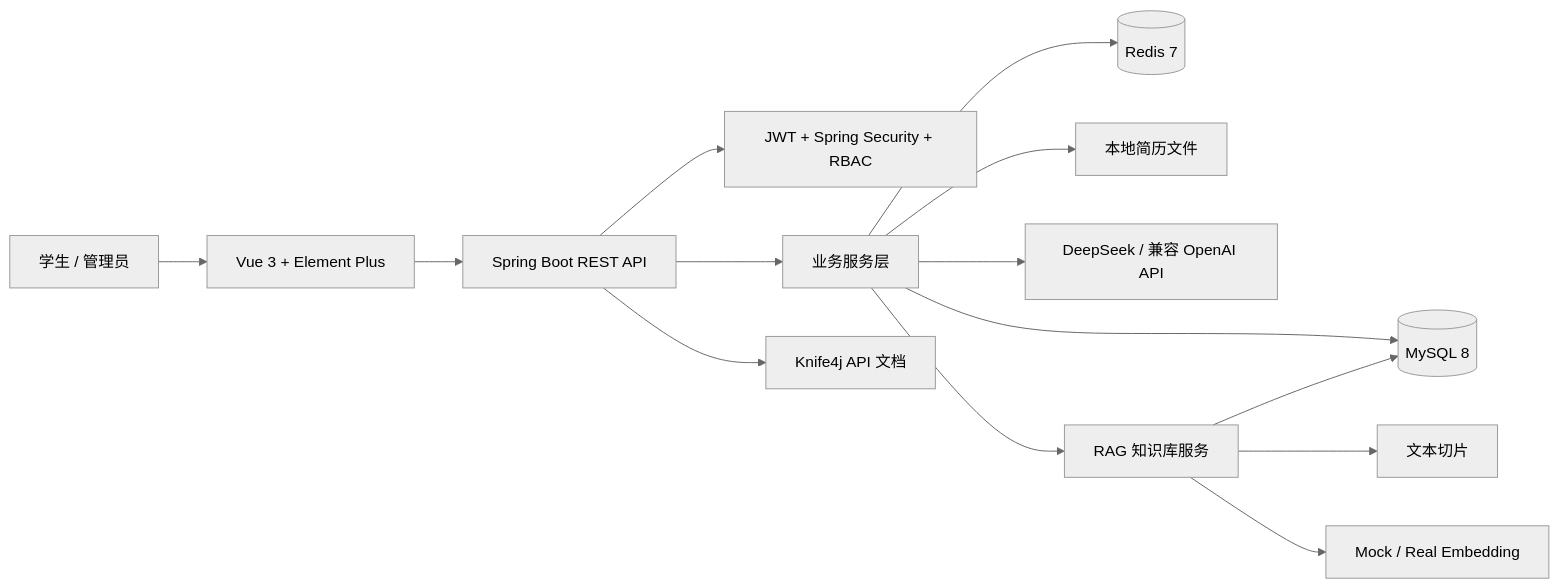
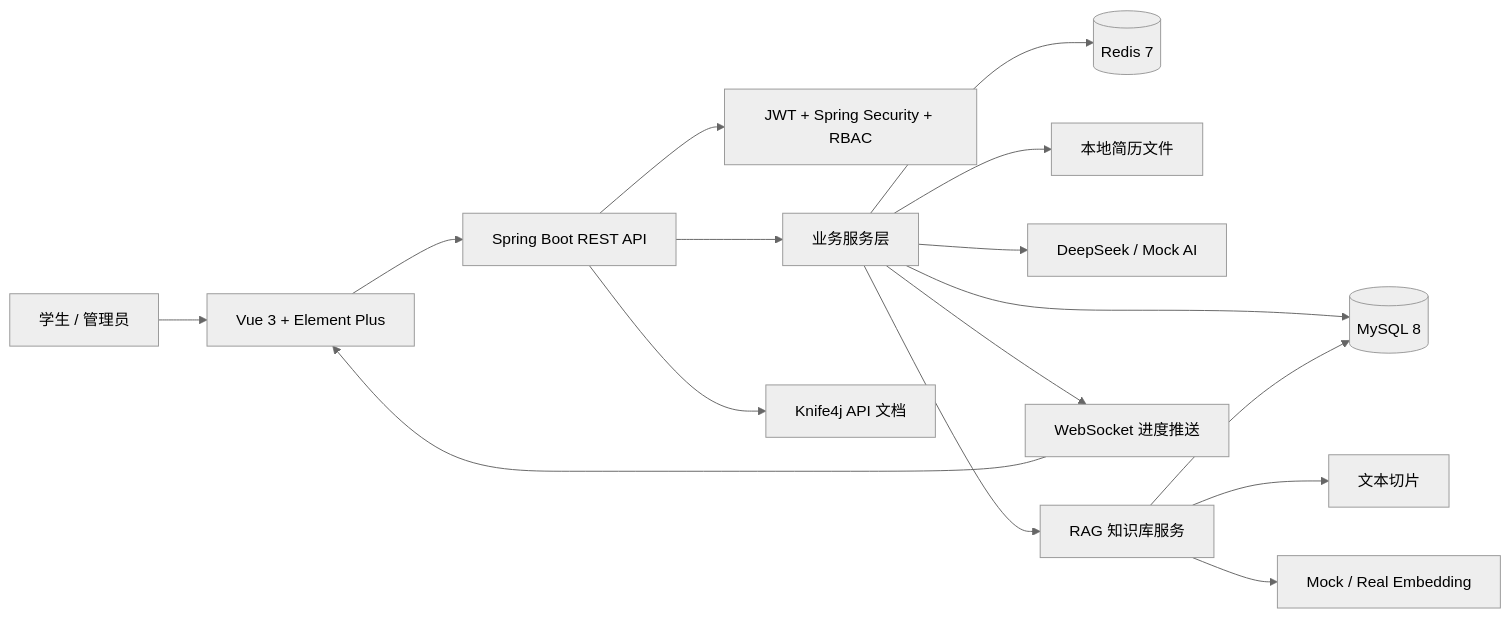
Before and after one commit to wan719/intern-pilot: the first of 4 diagrams in README.md, drawn with Mermaid (neutral theme). The commit also changed other lines of this file and 2 other files, not shown here.

````diff
--- a/README.md
+++ b/README.md
@@ -106,16 +122,18 @@
 ```mermaid
 flowchart LR
     User["学生 / 管理员"] --> Web["Vue 3 + Element Plus"]
     Web --> Api["Spring Boot REST API"]
     Api --> Security["JWT + Spring Security + RBAC"]
     Api --> Service["业务服务层"]
     Service --> MySQL[("MySQL 8")]
     Service --> Redis[("Redis 7")]
     Service --> FileStore["本地简历文件"]
-    Service --> AI["DeepSeek / 兼容 OpenAI API"]
+    Service --> AI["DeepSeek / Mock AI"]
     Service --> RAG["RAG 知识库服务"]
     RAG --> Chunk["文本切片"]
     RAG --> Embedding["Mock / Real Embedding"]
     RAG --> MySQL
     Api --> Docs["Knife4j API 文档"]
+    Service --> WS["WebSocket 进度推送"]
+    WS --> Web
 ```
````
